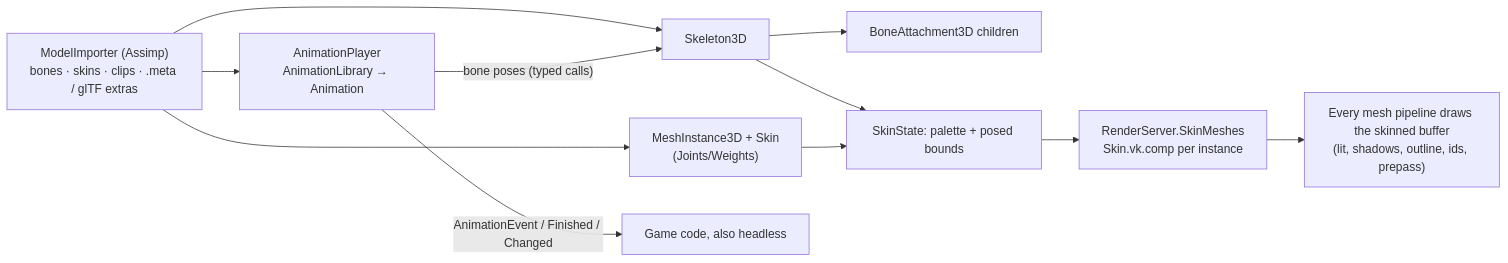
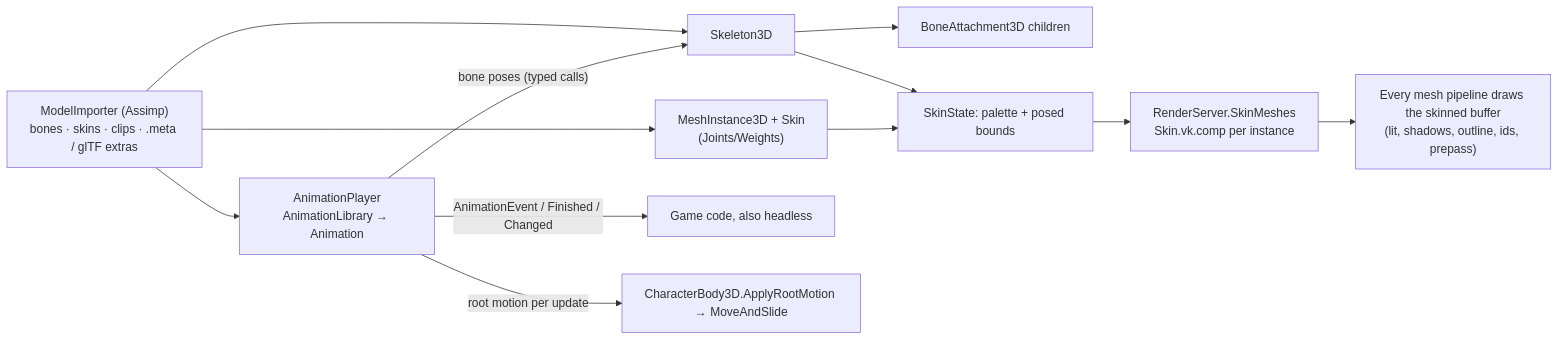
The first of 2 diagrams in docs/design/animation.md (Mainframe-Games/mainframe-engine), drawn with Mermaid before and after one commit. The commit also changed other lines of this file and 203 other files, not shown here.

First line of the commit message:
Gameplay toolkit: root motion (G1e), viewport tools (G7), joints and ragdolls (G9); housekeeping (#136)

````diff
--- a/docs/design/animation.md
+++ b/docs/design/animation.md
@@ -11,13 +12,14 @@
 ```mermaid
 flowchart LR
     I["ModelImporter (Assimp)<br/>bones · skins · clips · .meta / glTF extras"] --> S[Skeleton3D]
     I --> M["MeshInstance3D + Skin<br/>(Joints/Weights)"]
     I --> P["AnimationPlayer<br/>AnimationLibrary → Animation"]
     P -->|"bone poses (typed calls)"| S
     P -->|"AnimationEvent / Finished / Changed"| G[Game code, also headless]
+    P -->|"root motion per update"| B["CharacterBody3D.ApplyRootMotion → MoveAndSlide"]
     S --> A[BoneAttachment3D children]
     S --> K["SkinState: palette + posed bounds"]
     M --> K
     K --> C["RenderServer.SkinMeshes<br/>Skin.vk.comp per instance"]
     C --> D["Every mesh pipeline draws the skinned buffer<br/>(lit, shadows, outline, ids, prepass)"]
 ```
````
